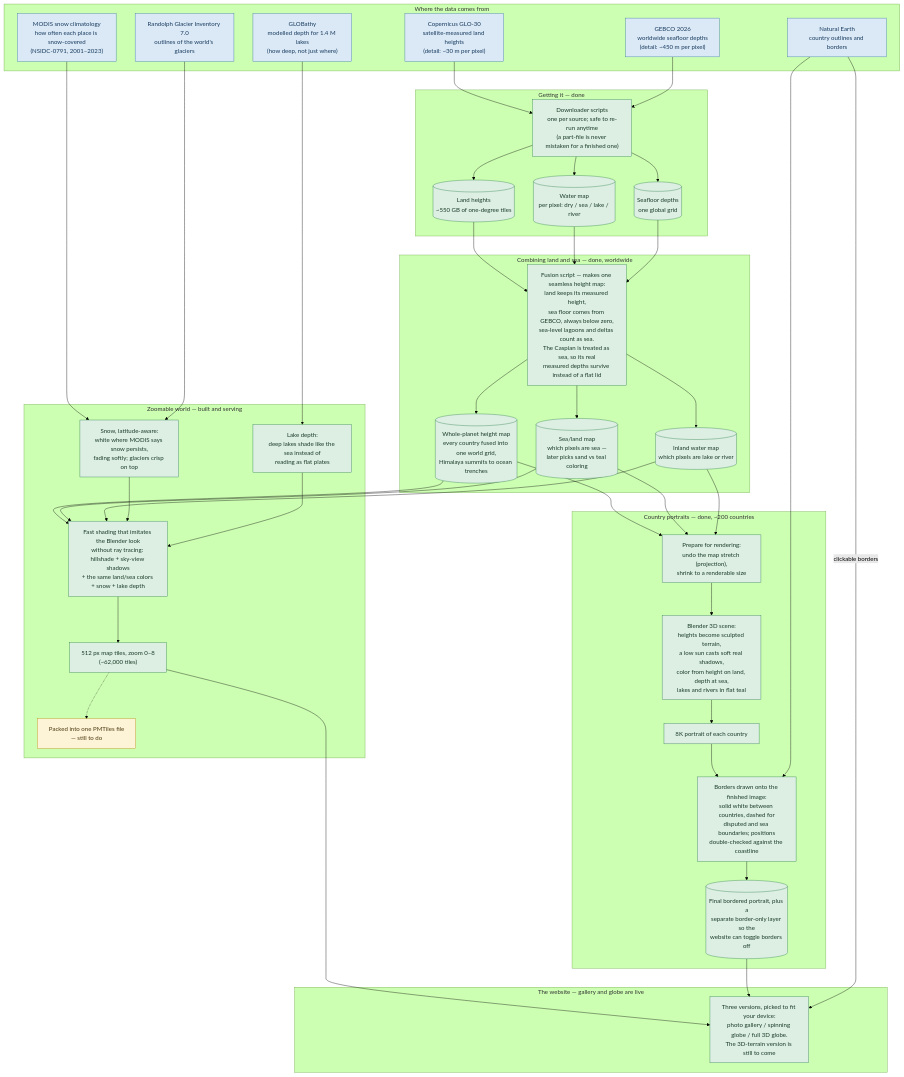
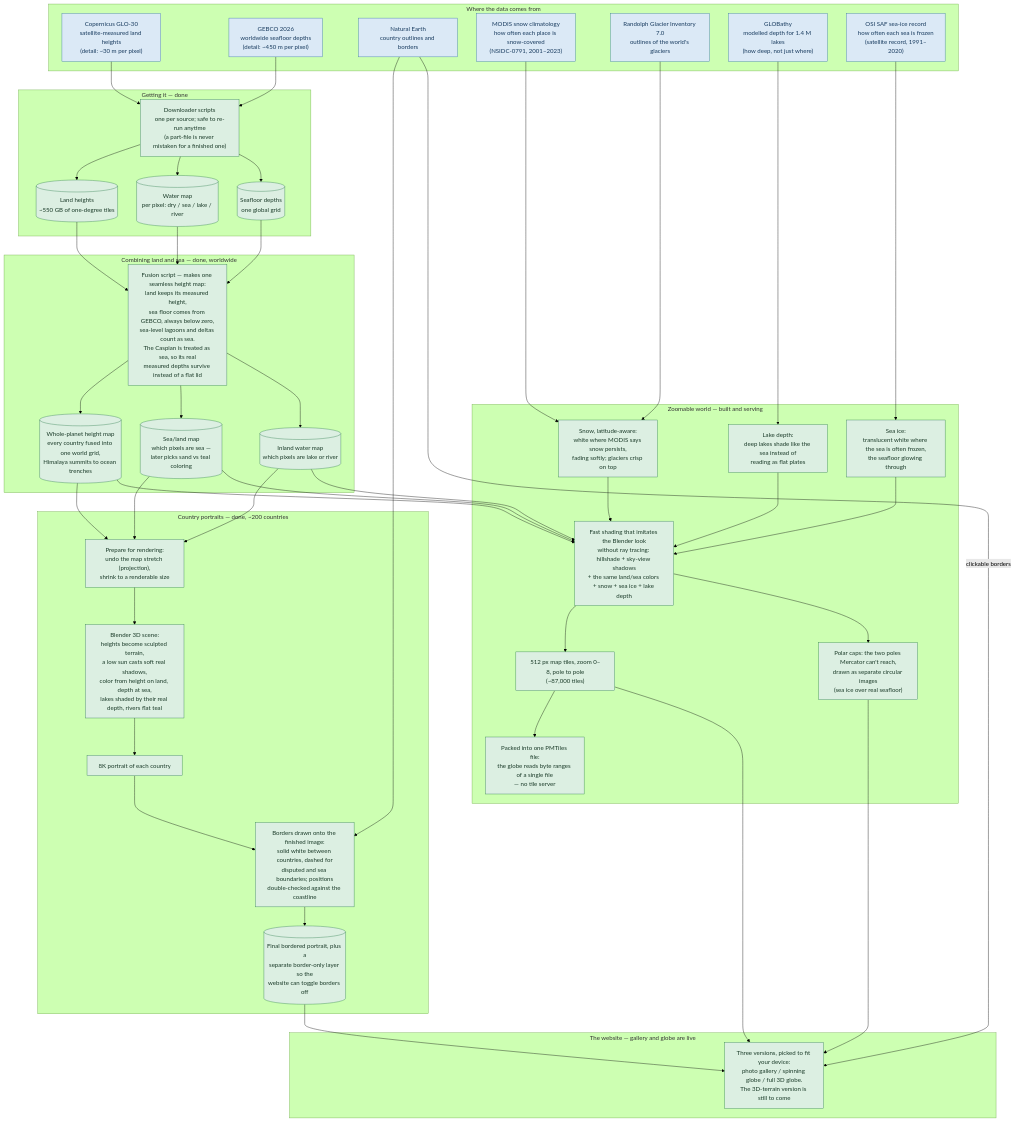
One commit to Alchez/terrella changed the diagram in docs/pipeline-overview.mmd. Above: the diagram before and after it, drawn with Mermaid (forest theme). The commit also changed 11 other files, not shown here.

Commit message:
docs: PROCESS dateless + config-qualified; docs/ diagrams+runbook caught up to built state

```diff
--- a/docs/pipeline-overview.mmd
+++ b/docs/pipeline-overview.mmd
@@ -1,96 +1,102 @@
 %% Plain-language overview. Technical companion: pipeline-detail.mmd — update both together.
 
 flowchart TD
 
   subgraph SRC["Where the data comes from"]
     S1["Copernicus GLO-30<br/>satellite-measured land heights<br/>(detail: ~30 m per pixel)"]
     S2["GEBCO 2026<br/>worldwide seafloor depths<br/>(detail: ~450 m per pixel)"]
     S3["Natural Earth<br/>country outlines and borders"]
     S4["MODIS snow climatology<br/>how often each place is snow-covered<br/>(NSIDC-0791, 2001–2023)"]
     S5["Randolph Glacier Inventory 7.0<br/>outlines of the world's glaciers"]
     S6["GLOBathy<br/>modelled depth for 1.4 M lakes<br/>(how deep, not just where)"]
+    S7["OSI SAF sea-ice record<br/>how often each sea is frozen<br/>(satellite record, 1991–2020)"]
   end
 
   subgraph ACQ["Getting it — done"]
     D1["Downloader scripts<br/>one per source; safe to re-run anytime<br/>(a part-file is never mistaken for a finished one)"]
     R1[("Land heights<br/>~550 GB of one-degree tiles")]
     R2[("Water map<br/>per pixel: dry / sea / lake / river")]
     R3[("Seafloor depths<br/>one global grid")]
   end
 
   S1 --> D1
   S2 --> D1
   D1 --> R1
   D1 --> R2
   D1 --> R3
 
   subgraph FUSE["Combining land and sea — done, worldwide"]
     F["Fusion script — makes one seamless height map:<br/>land keeps its measured height,<br/>sea floor comes from GEBCO, always below zero,<br/>sea-level lagoons and deltas count as sea.<br/>The Caspian is treated as sea, so its real<br/>measured depths survive instead of a flat lid"]
     O1[("Whole-planet height map<br/>every country fused into one world grid,<br/>Himalaya summits to ocean trenches")]
     O2[("Sea/land map<br/>which pixels are sea —<br/>later picks sand vs teal coloring")]
     O3[("Inland water map<br/>which pixels are lake or river")]
   end
 
   R1 --> F
   R2 --> F
   R3 --> F
   F --> O1
   F --> O2
   F --> O3
 
   subgraph HERO["Country portraits — done, ~200 countries"]
     P["Prepare for rendering:<br/>undo the map stretch (projection),<br/>shrink to a renderable size"]
-    B["Blender 3D scene:<br/>heights become sculpted terrain,<br/>a low sun casts soft real shadows,<br/>color from height on land, depth at sea,<br/>lakes and rivers in flat teal"]
+    B["Blender 3D scene:<br/>heights become sculpted terrain,<br/>a low sun casts soft real shadows,<br/>color from height on land, depth at sea,<br/>lakes shaded by their real depth, rivers flat teal"]
     H8["8K portrait of each country"]
     OV["Borders drawn onto the finished image:<br/>solid white between countries, dashed for<br/>disputed and sea boundaries; positions<br/>double-checked against the coastline"]
     HF[("Final bordered portrait, plus a<br/>separate border-only layer so the<br/>website can toggle borders off")]
   end
 
   O1 --> P
   O2 --> P
   O3 --> P
   P --> B
   B --> H8
   H8 --> OV
   S3 --> OV
   OV --> HF
 
   subgraph TILES["Zoomable world — built and serving"]
     T3["Snow, latitude-aware:<br/>white where MODIS says snow persists,<br/>fading softly; glaciers crisp on top"]
     T4["Lake depth:<br/>deep lakes shade like the sea instead of<br/>reading as flat plates"]
-    T1["Fast shading that imitates the Blender look<br/>without ray tracing: hillshade + sky-view shadows<br/>+ the same land/sea colors + snow + lake depth"]
-    T2["512 px map tiles, zoom 0–8<br/>(~62,000 tiles)"]
-    T5["Packed into one PMTiles file<br/>— still to do"]
+    T6["Sea ice:<br/>translucent white where the sea is often frozen,<br/>the seafloor glowing through"]
+    T1["Fast shading that imitates the Blender look<br/>without ray tracing: hillshade + sky-view shadows<br/>+ the same land/sea colors + snow + sea ice + lake depth"]
+    T2["512 px map tiles, zoom 0–8, pole to pole<br/>(~87,000 tiles)"]
+    T5["Packed into one PMTiles file:<br/>the globe reads byte ranges of a single file<br/>— no tile server"]
+    T7["Polar caps: the two poles Mercator can't reach,<br/>drawn as separate circular images<br/>(sea ice over real seafloor)"]
   end
 
   O1 --> T1
   O2 --> T1
   O3 --> T1
   S4 --> T3
   S5 --> T3
   S6 --> T4
+  S7 --> T6
   T3 --> T1
   T4 --> T1
+  T6 --> T1
   T1 --> T2
-  T2 -.-> T5
+  T1 --> T7
+  T2 --> T5
 
   subgraph SITE["The website — gallery and globe are live"]
     W["Three versions, picked to fit your device:<br/>photo gallery / spinning globe / full 3D globe.<br/>The 3D-terrain version is still to come"]
   end
 
   T2 --> W
+  T7 --> W
   HF --> W
   S3 -->|clickable borders| W
 
   classDef ext fill:#dbe9f6,stroke:#3572a5,color:#173a5e
   classDef done fill:#dcefe2,stroke:#2e7d4f,color:#1a3a28
   classDef next fill:#fdf3d7,stroke:#b8860b,color:#4a3a10
   classDef plan fill:#eceff1,stroke:#78909c,color:#37474f
 
-  class S1,S2,S3,S4,S5,S6 ext
+  class S1,S2,S3,S4,S5,S6,S7 ext
   class D1,R1,R2,R3 done
   class F,O1,O2,O3 done
   class P,B,H8,OV,HF done
-  class T1,T2,T3,T4 done
-  class T5 next
+  class T1,T2,T3,T4,T5,T6,T7 done
   class W done
```
